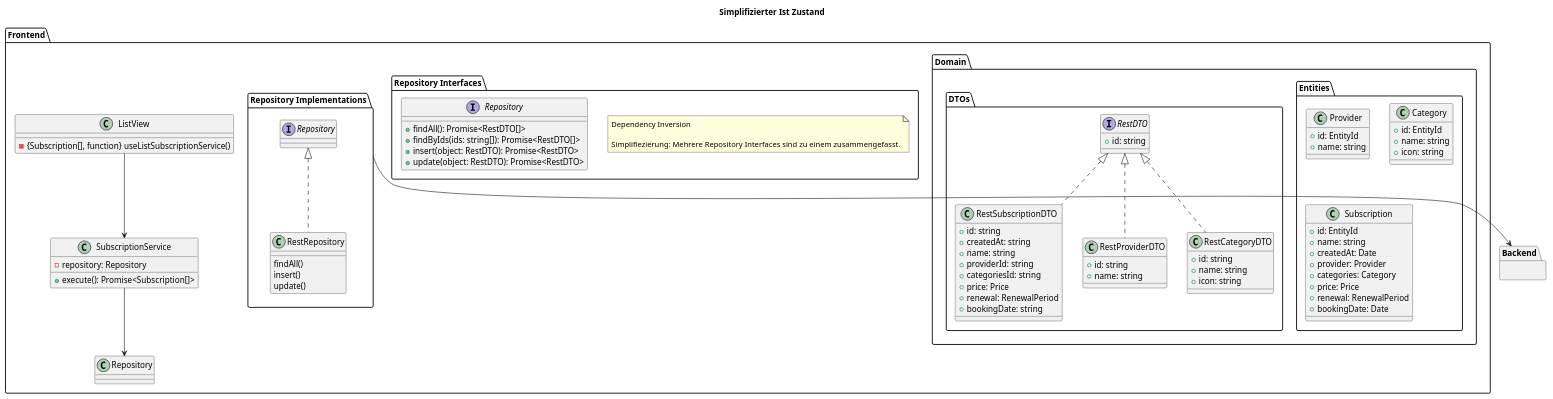
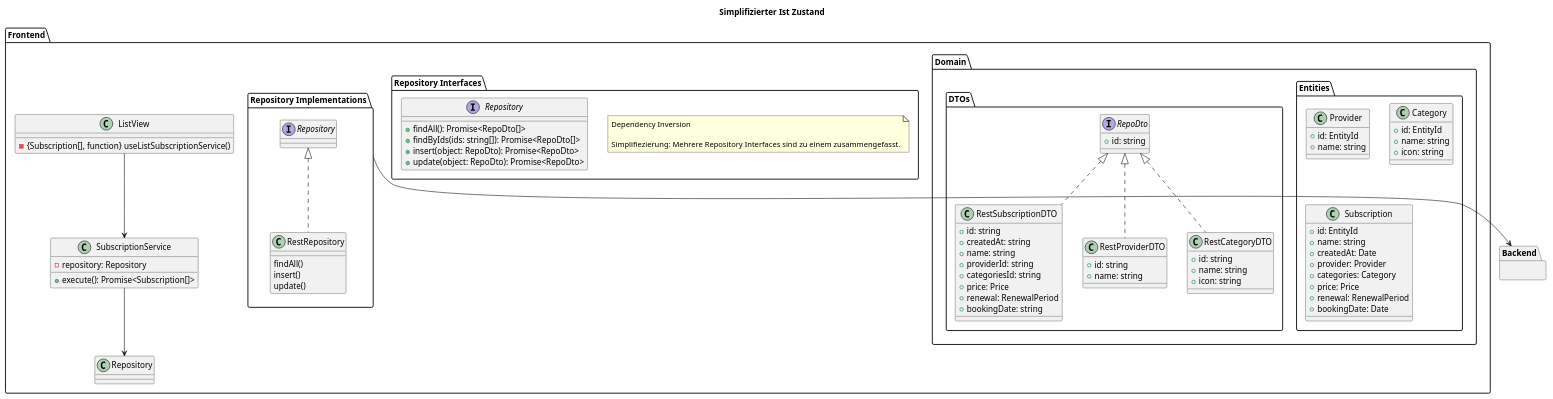
Before and after one commit to SE-Team-E1/SE-SubscriptionGuard: the diagram in docs/technical/Fachaustausch/Architektur/class_diagram_simpl.plantuml, drawn with PlantUML. The commit also changed 5 other files, not shown here.

Commit message:
Update RestDto/IdDto to RepoDto

```diff
--- a/docs/technical/Fachaustausch/Architektur/class_diagram_simpl.plantuml
+++ b/docs/technical/Fachaustausch/Architektur/class_diagram_simpl.plantuml
@@ -1,112 +1,112 @@
 @startuml
 title Simplifizierter Ist Zustand
 package "Frontend" as frontend {
     package "Domain" as domain {
         package "Entities" {
             ' class EntityId {
             '     +value: string
             '     +new(): EntityId
             '     +fromString(value: string): EntityId
             ' }
 
             class Provider {
                 +id: EntityId
                 +name: string
             }
 
             class Category {
                 +id: EntityId
                 +name: string
                 +icon: string
             }
 
             class Subscription {
                 +id: EntityId
                 +name: string
                 +createdAt: Date
                 +provider: Provider
                 +categories: Category
                 +price: Price
                 +renewal: RenewalPeriod
                 +bookingDate: Date
             }
         }
         
         package "DTOs" as dtos {
-            interface RestDTO {
+            interface RepoDto {
                 +id: string
             }
 
-            class RestProviderDTO implements RestDTO {
+            class RestProviderDTO implements RepoDto {
                 +id: string
                 +name: string
             }
 
-            class RestCategoryDTO implements RestDTO {
+            class RestCategoryDTO implements RepoDto {
                 +id: string
                 +name: string
                 +icon: string
             }
 
-            class RestSubscriptionDTO implements RestDTO {
+            class RestSubscriptionDTO implements RepoDto {
                 +id: string
                 +createdAt: string
                 +name: string
                 +providerId: string
                 +categoriesId: string
                 +price: Price
                 +renewal: RenewalPeriod
                 +bookingDate: string
             }
         }
     }
 
 
     Class ListView{
     -{Subscription[], function} useListSubscriptionService()
     }
 
     package "Repository Interfaces" as interfaces {
         note as dip
             Dependency Inversion
 
             Simplifiezierung: Mehrere Repository Interfaces sind zu einem zusammengefasst.
         end note
 
         Interface Repository{
-            +findAll(): Promise<RestDTO[]>
-            +findByIds(ids: string[]): Promise<RestDTO[]>
-            +insert(object: RestDTO): Promise<RestDTO>
-            +update(object: RestDTO): Promise<RestDTO>
+            +findAll(): Promise<RepoDto[]>
+            +findByIds(ids: string[]): Promise<RepoDto[]>
+            +insert(object: RepoDto): Promise<RepoDto>
+            +update(object: RepoDto): Promise<RepoDto>
         }
     }
 
     package "Repository Implementations" as implementations {
         Class RestRepository implements Repository {
             findAll()
             insert()
             update()
         }
     }
 
     Class SubscriptionService {
         -repository: Repository
         +execute(): Promise<Subscription[]>
     }
 
     ' interfaces --> dtos
     ' implementations --> dtos
     ' SubscriptionService --> domain
 
     SubscriptionService --> Repository
 
     ListView --> SubscriptionService
 }
 
 package "Backend" as backend {
     
 }
 
 implementations --> backend
 
 @enduml
```
